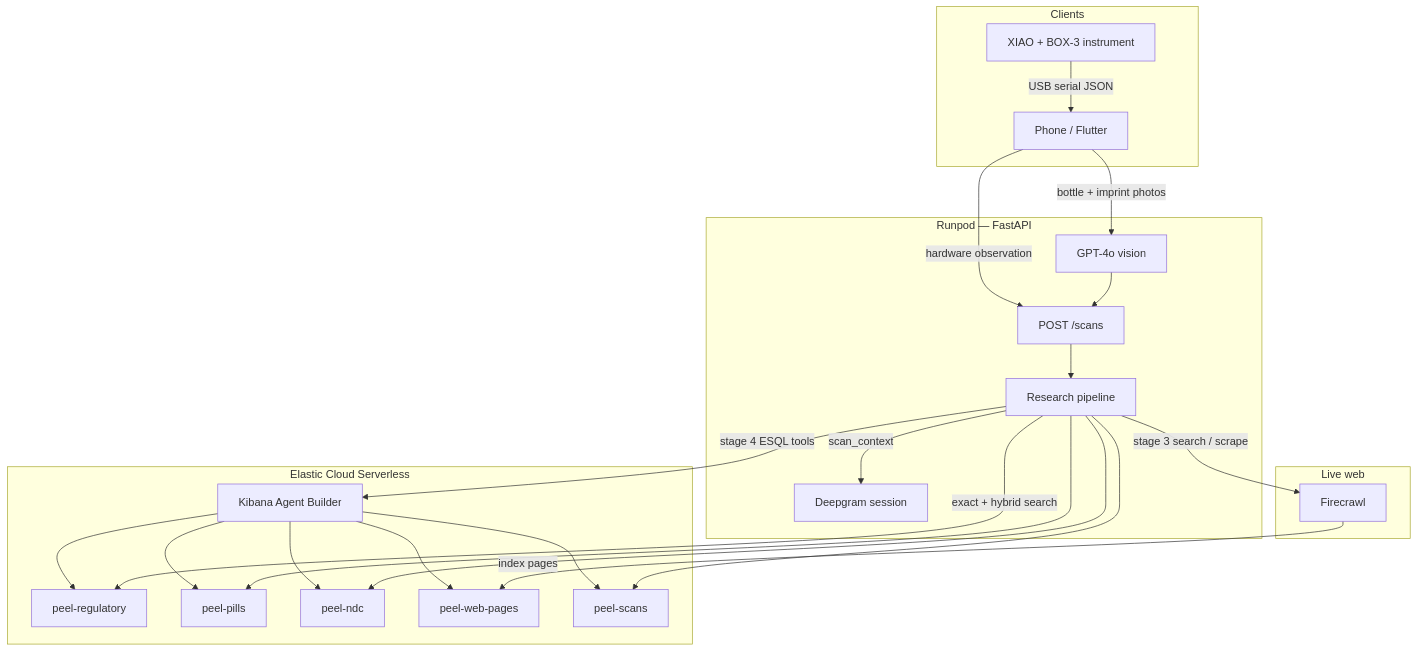
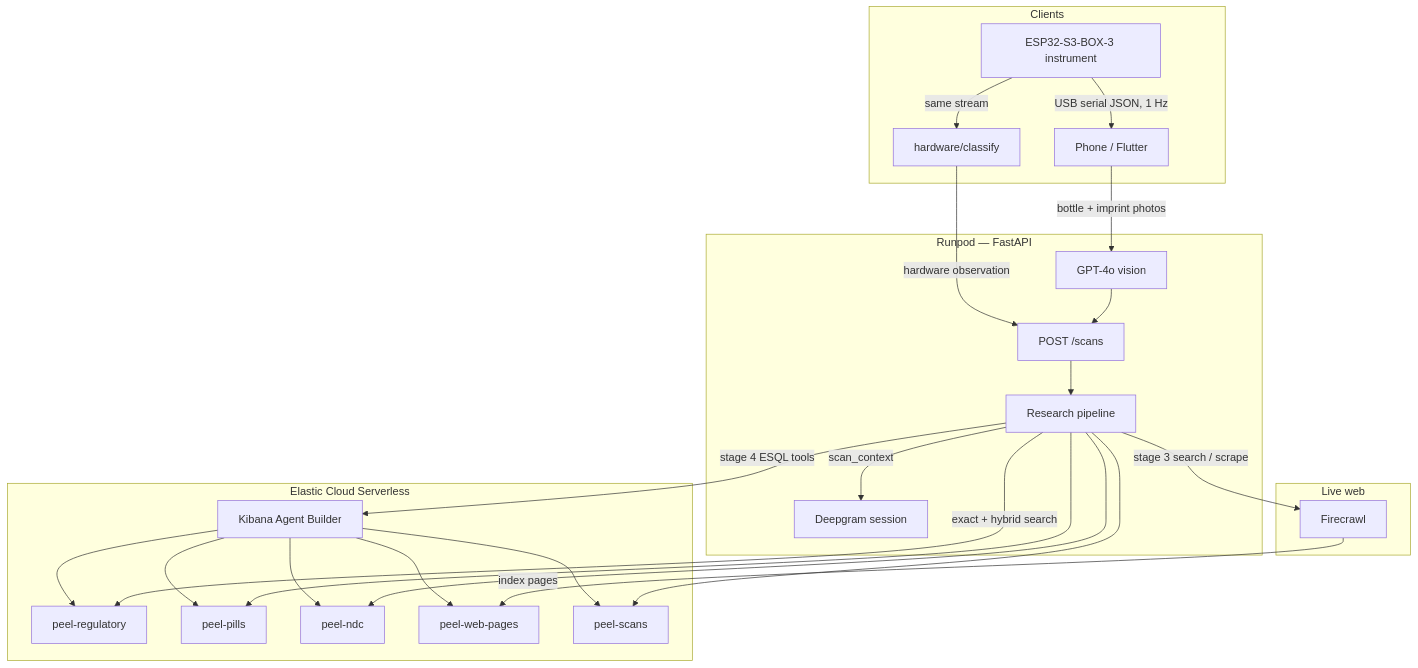
The diagram in README.md (viktorinkov/HackMIT-2026), drawn with Mermaid before and after one commit. The commit also changed other lines of this file and 1 other file, not shown here.

First line of the commit message:
READMEs: lead with the instrument, built on the ESP32-S3-BOX-3

````diff
--- a/README.md
+++ b/README.md
@@ -56,46 +86,48 @@
 ```mermaid
 flowchart TB
   subgraph clients [Clients]
     phone[Phone / Flutter]
-    hw[XIAO + BOX-3 instrument]
+    hw[ESP32-S3-BOX-3 instrument]
+    classify[hardware/classify]
   end
 
   subgraph runpod [Runpod — FastAPI]
     vision[GPT-4o vision]
     scans[POST /scans]
     pipe[Research pipeline]
     voice[Deepgram session]
   end
 
   subgraph elastic [Elastic Cloud Serverless]
     reg[peel-regulatory]
     pills[peel-pills]
     ndc[peel-ndc]
     web[peel-web-pages]
     history[peel-scans]
     kibana[Kibana Agent Builder]
   end
 
   subgraph live [Live web]
     fc[Firecrawl]
   end
 
   phone -->|bottle + imprint photos| vision
-  hw -->|USB serial JSON| phone
+  hw -->|USB serial JSON, 1 Hz| phone
+  hw -->|same stream| classify
   vision --> scans
-  phone -->|hardware observation| scans
+  classify -->|hardware observation| scans
   scans --> pipe
   pipe -->|exact + hybrid search| reg
   pipe --> pills
   pipe --> ndc
   pipe --> history
   pipe -->|stage 3 search / scrape| fc
   fc -->|index pages| web
   pipe -->|stage 4 ESQL tools| kibana
   kibana --> reg
   kibana --> pills
   kibana --> ndc
   kibana --> web
   kibana --> history
   pipe -->|scan_context| voice
 ```
````
